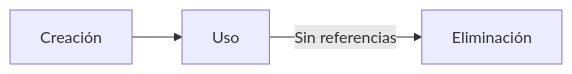
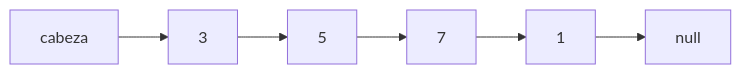
One commit to djaimej/computer-science-template changed the second of 2 diagrams in public/documents/semester-1/3/1342.md. Above: the diagram before and after it, drawn with Mermaid. The commit also changed other lines of this file and 5 other files, not shown here.

````diff
--- a/public/documents/semester-1/3/1342.md
+++ b/public/documents/semester-1/3/1342.md
@@ -80,4 +120,8 @@
 ```mermaid
 flowchart LR
-  C["Creación"] --> U["Uso"] -- Sin referencias --> E["Eliminación"]
+  C["cabeza"] --> N1["3"]
+  N1 --> N5["5"]
+  N5 --> N2["7"]
+  N2 --> N3["1"]
+  N3 --> X["null"]
 ```
````
